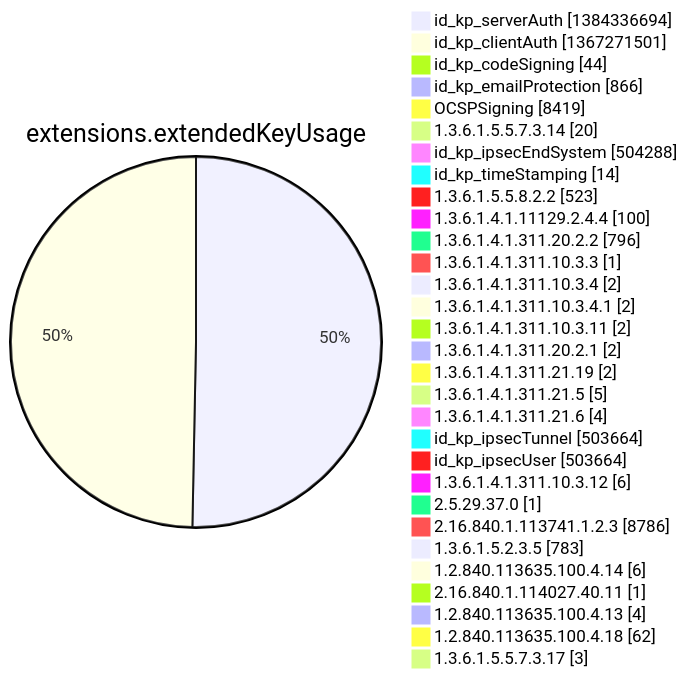
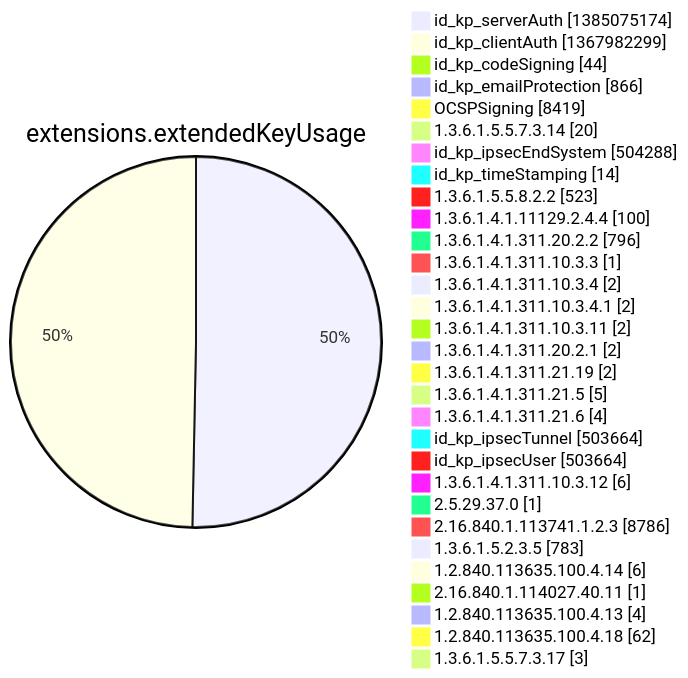
Diagram 12 of 15 in argon2022/README.md (christiankrug/ctmonitor_visualization), drawn with Mermaid before and after one commit. The commit also changed other lines of this file, not shown here.

````diff
--- a/argon2022/README.md
+++ b/argon2022/README.md
@@ -3554,34 +3554,34 @@
 ```mermaid
 pie showData
 title extensions.extendedKeyUsage
-"id_kp_serverAuth" :1384336694
-"id_kp_clientAuth" :1367271501
+"id_kp_serverAuth" :1385075174
+"id_kp_clientAuth" :1367982299
 "id_kp_codeSigning" :44
 "id_kp_emailProtection" :866
 "OCSPSigning" :8419
 "1.3.6.1.5.5.7.3.14" :20
 "id_kp_ipsecEndSystem" :504288
 "id_kp_timeStamping" :14
 "1.3.6.1.5.5.8.2.2" :523
 "1.3.6.1.4.1.11129.2.4.4" :100
 "1.3.6.1.4.1.311.20.2.2" :796
 "1.3.6.1.4.1.311.10.3.3" :1
 "1.3.6.1.4.1.311.10.3.4" :2
 "1.3.6.1.4.1.311.10.3.4.1" :2
 "1.3.6.1.4.1.311.10.3.11" :2
 "1.3.6.1.4.1.311.20.2.1" :2
 "1.3.6.1.4.1.311.21.19" :2
 "1.3.6.1.4.1.311.21.5" :5
 "1.3.6.1.4.1.311.21.6" :4
 "id_kp_ipsecTunnel" :503664
 "id_kp_ipsecUser" :503664
 "1.3.6.1.4.1.311.10.3.12" :6
 "2.5.29.37.0" :1
 "2.16.840.1.113741.1.2.3" :8786
 "1.3.6.1.5.2.3.5" :783
 "1.2.840.113635.100.4.14" :6
 "2.16.840.1.114027.40.11" :1
 "1.2.840.113635.100.4.13" :4
 "1.2.840.113635.100.4.18" :62
 "1.3.6.1.5.5.7.3.17" :3
 ```
````
